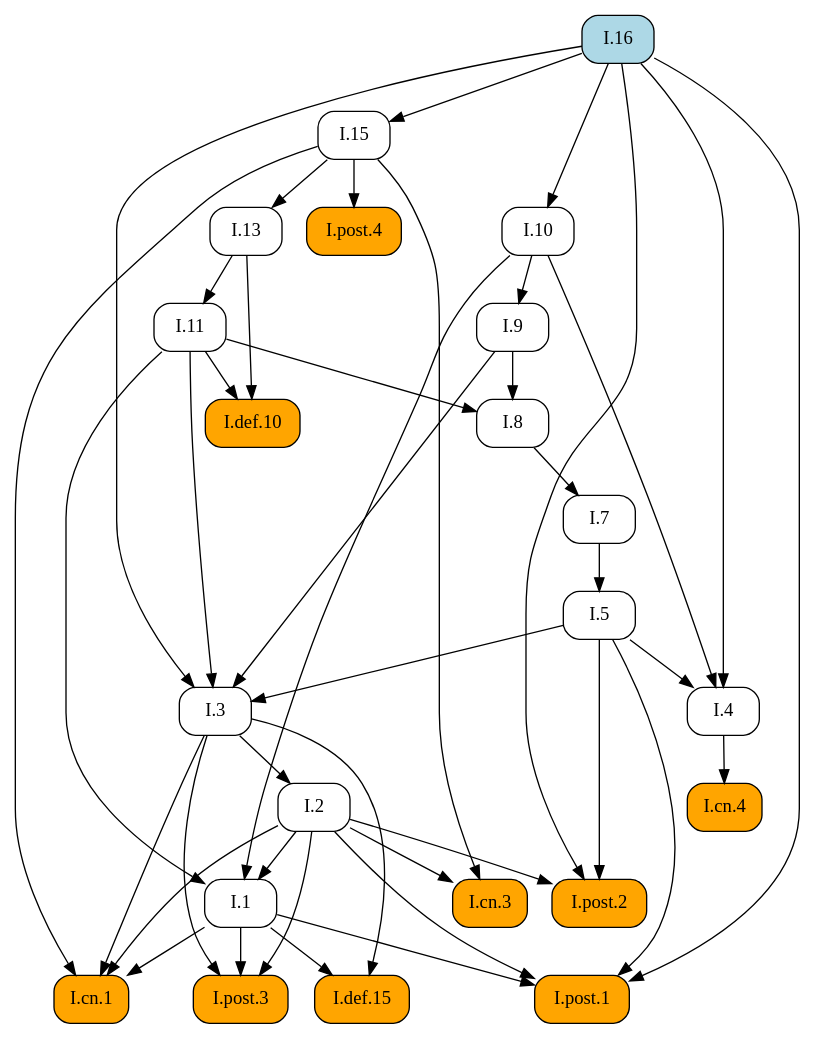
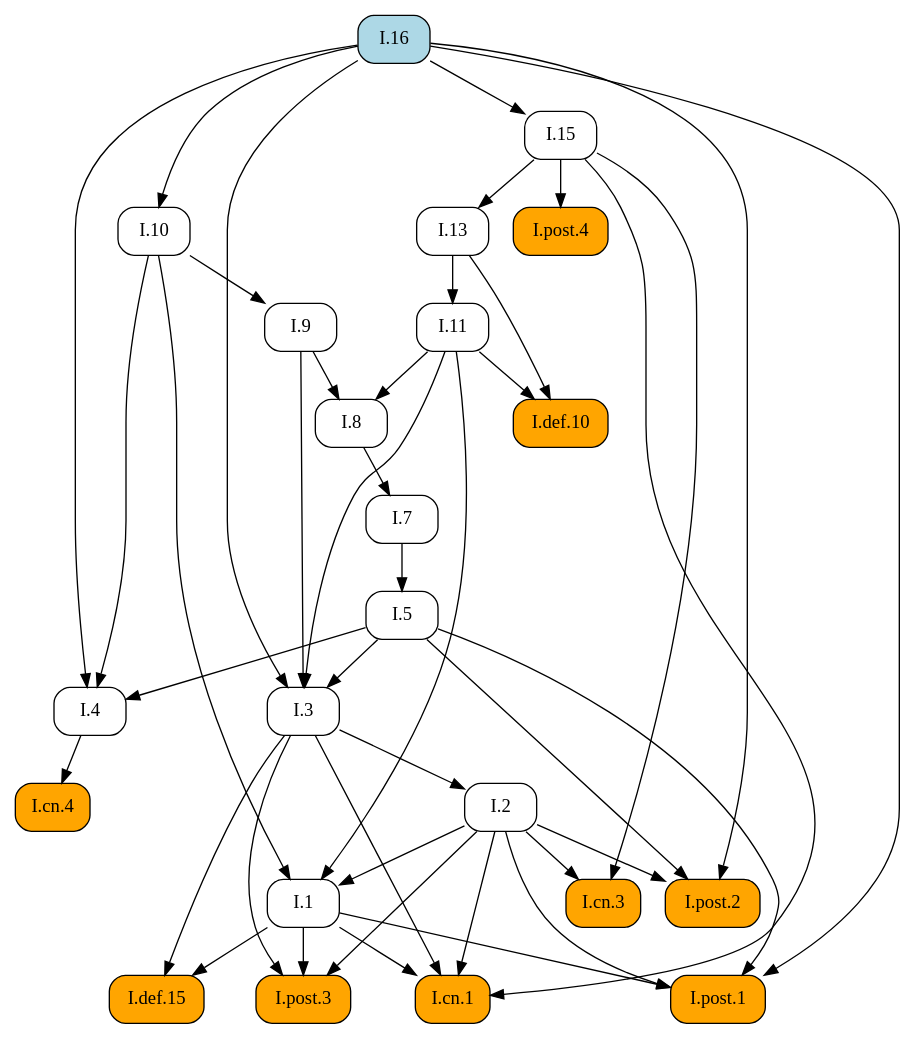
The diagram in docsrc/elements2/I/16/index.rst (geometor/elements), drawn with Graphviz before and after one commit. The commit also changed other lines of this file and 171 other files, not shown here.

```diff
--- a/docsrc/elements2/I/16/index.rst
+++ b/docsrc/elements2/I/16/index.rst
@@ -89,70 +89,70 @@
 .. graphviz::
 
    digraph {
      rankdir="TB";
      node [shape=box, style=rounded];
+     "I.8" [URL="/elements2/I/8/", target="_top"];
+     "I.1" [URL="/elements2/I/1/", target="_top"];
+     "I.cn.3" [style="rounded,filled", fillcolor=orange, URL="/elements2/I/cn.3/", target="_top"];
+     "I.cn.4" [style="rounded,filled", fillcolor=orange, URL="/elements2/I/cn.4/", target="_top"];
+     "I.7" [URL="/elements2/I/7/", target="_top"];
+     "I.post.1" [style="rounded,filled", fillcolor=orange, URL="/elements2/I/post.1/", target="_top"];
+     "I.9" [URL="/elements2/I/9/", target="_top"];
+     "I.5" [URL="/elements2/I/5/", target="_top"];
+     "I.cn.1" [style="rounded,filled", fillcolor=orange, URL="/elements2/I/cn.1/", target="_top"];
+     "I.post.4" [style="rounded,filled", fillcolor=orange, URL="/elements2/I/post.4/", target="_top"];
+     "I.def.10" [style="rounded,filled", fillcolor=orange, URL="/elements2/I/def.10/", target="_top"];
+     "I.13" [URL="/elements2/I/13/", target="_top"];
      "I.16" [style="rounded,filled", fillcolor=lightblue, URL="/elements2/I/16/", target="_top"];
-     "I.def.10" [style="rounded,filled", fillcolor=orange, URL="/elements2/I/def.10/", target="_top"];
-     "I.9" [URL="/elements2/I/9/", target="_top"];
      "I.2" [URL="/elements2/I/2/", target="_top"];
-     "I.8" [URL="/elements2/I/8/", target="_top"];
+     "I.def.15" [style="rounded,filled", fillcolor=orange, URL="/elements2/I/def.15/", target="_top"];
+     "I.4" [URL="/elements2/I/4/", target="_top"];
+     "I.11" [URL="/elements2/I/11/", target="_top"];
+     "I.10" [URL="/elements2/I/10/", target="_top"];
      "I.15" [URL="/elements2/I/15/", target="_top"];
-     "I.def.15" [style="rounded,filled", fillcolor=orange, URL="/elements2/I/def.15/", target="_top"];
-     "I.cn.4" [style="rounded,filled", fillcolor=orange, URL="/elements2/I/cn.4/", target="_top"];
+     "I.3" [URL="/elements2/I/3/", target="_top"];
+     "I.post.2" [style="rounded,filled", fillcolor=orange, URL="/elements2/I/post.2/", target="_top"];
      "I.post.3" [style="rounded,filled", fillcolor=orange, URL="/elements2/I/post.3/", target="_top"];
-     "I.1" [URL="/elements2/I/1/", target="_top"];
-     "I.post.2" [style="rounded,filled", fillcolor=orange, URL="/elements2/I/post.2/", target="_top"];
-     "I.13" [URL="/elements2/I/13/", target="_top"];
-     "I.10" [URL="/elements2/I/10/", target="_top"];
-     "I.post.1" [style="rounded,filled", fillcolor=orange, URL="/elements2/I/post.1/", target="_top"];
-     "I.7" [URL="/elements2/I/7/", target="_top"];
-     "I.post.4" [style="rounded,filled", fillcolor=orange, URL="/elements2/I/post.4/", target="_top"];
-     "I.cn.1" [style="rounded,filled", fillcolor=orange, URL="/elements2/I/cn.1/", target="_top"];
-     "I.3" [URL="/elements2/I/3/", target="_top"];
-     "I.cn.3" [style="rounded,filled", fillcolor=orange, URL="/elements2/I/cn.3/", target="_top"];
-     "I.11" [URL="/elements2/I/11/", target="_top"];
-     "I.5" [URL="/elements2/I/5/", target="_top"];
-     "I.4" [URL="/elements2/I/4/", target="_top"];
-     "I.11" -> "I.def.10";
-     "I.13" -> "I.def.10";
-     "I.10" -> "I.9";
-     "I.3" -> "I.2";
      "I.9" -> "I.8";
      "I.11" -> "I.8";
-     "I.16" -> "I.15";
-     "I.1" -> "I.def.15";
-     "I.3" -> "I.def.15";
-     "I.4" -> "I.cn.4";
-     "I.1" -> "I.post.3";
-     "I.2" -> "I.post.3";
-     "I.3" -> "I.post.3";
      "I.2" -> "I.1";
      "I.10" -> "I.1";
      "I.11" -> "I.1";
-     "I.2" -> "I.post.2";
-     "I.5" -> "I.post.2";
-     "I.16" -> "I.post.2";
-     "I.15" -> "I.13";
-     "I.16" -> "I.10";
+     "I.2" -> "I.cn.3";
+     "I.15" -> "I.cn.3";
+     "I.4" -> "I.cn.4";
+     "I.8" -> "I.7";
      "I.1" -> "I.post.1";
      "I.2" -> "I.post.1";
      "I.5" -> "I.post.1";
      "I.16" -> "I.post.1";
-     "I.8" -> "I.7";
-     "I.15" -> "I.post.4";
+     "I.10" -> "I.9";
+     "I.7" -> "I.5";
      "I.1" -> "I.cn.1";
      "I.2" -> "I.cn.1";
      "I.3" -> "I.cn.1";
      "I.15" -> "I.cn.1";
+     "I.15" -> "I.post.4";
+     "I.11" -> "I.def.10";
+     "I.13" -> "I.def.10";
+     "I.15" -> "I.13";
+     "I.3" -> "I.2";
+     "I.1" -> "I.def.15";
+     "I.3" -> "I.def.15";
+     "I.5" -> "I.4";
+     "I.10" -> "I.4";
+     "I.16" -> "I.4";
+     "I.13" -> "I.11";
+     "I.16" -> "I.10";
+     "I.16" -> "I.15";
      "I.5" -> "I.3";
      "I.9" -> "I.3";
      "I.11" -> "I.3";
      "I.16" -> "I.3";
-     "I.2" -> "I.cn.3";
-     "I.15" -> "I.cn.3";
-     "I.13" -> "I.11";
-     "I.7" -> "I.5";
-     "I.5" -> "I.4";
-     "I.10" -> "I.4";
-     "I.16" -> "I.4";
+     "I.2" -> "I.post.2";
+     "I.5" -> "I.post.2";
+     "I.16" -> "I.post.2";
+     "I.1" -> "I.post.3";
+     "I.2" -> "I.post.3";
+     "I.3" -> "I.post.3";
    }
```
